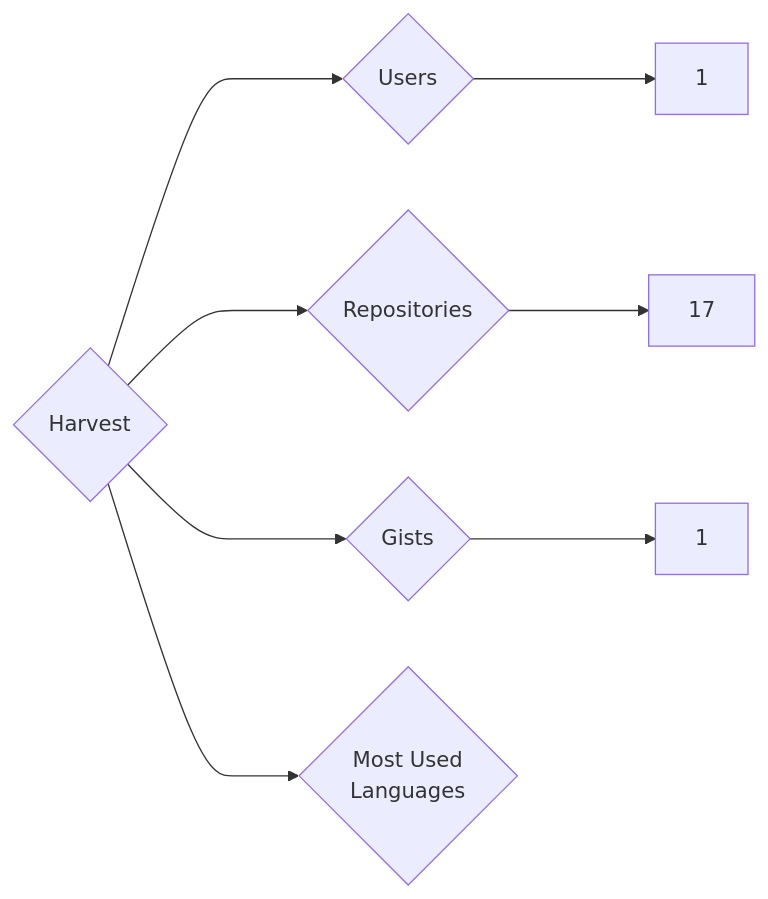
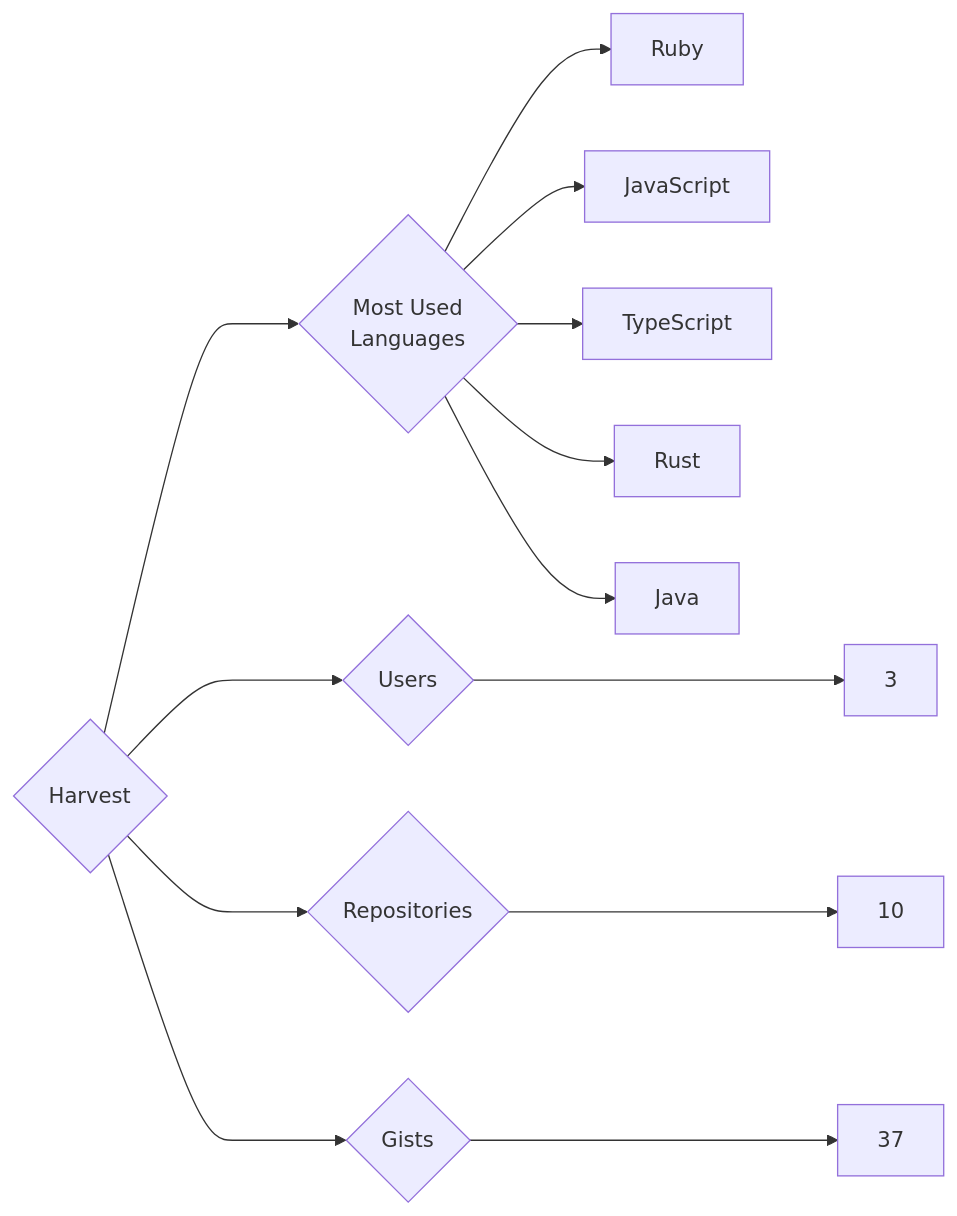
One commit to trickest/insiders changed the diagram in targets/Harvest/README.md. Above: the diagram before and after it, drawn with Mermaid. The commit also changed 882 other files, not shown here.

````diff
--- a/targets/Harvest/README.md
+++ b/targets/Harvest/README.md
@@ -3,8 +3,13 @@
 ```mermaid
 graph LR
 COMPANY_NAME{Harvest}
-COMPANY_NAME ---> U{Users} ---> UN[1]
-COMPANY_NAME ---> R{Repositories} ---> RN[17]
-COMPANY_NAME ---> G{Gists} ---> GN[1]
+COMPANY_NAME ---> U{Users} ---> UN[3]
+COMPANY_NAME ---> R{Repositories} ---> RN[10]
+COMPANY_NAME ---> G{Gists} ---> GN[37]
 COMPANY_NAME ---> ML{Most Used<br>Languages}
+ML --> Ruby[Ruby]
+ML --> JavaScript[JavaScript]
+ML --> TypeScript[TypeScript]
+ML --> Rust[Rust]
+ML --> Java[Java]
 ```
````
